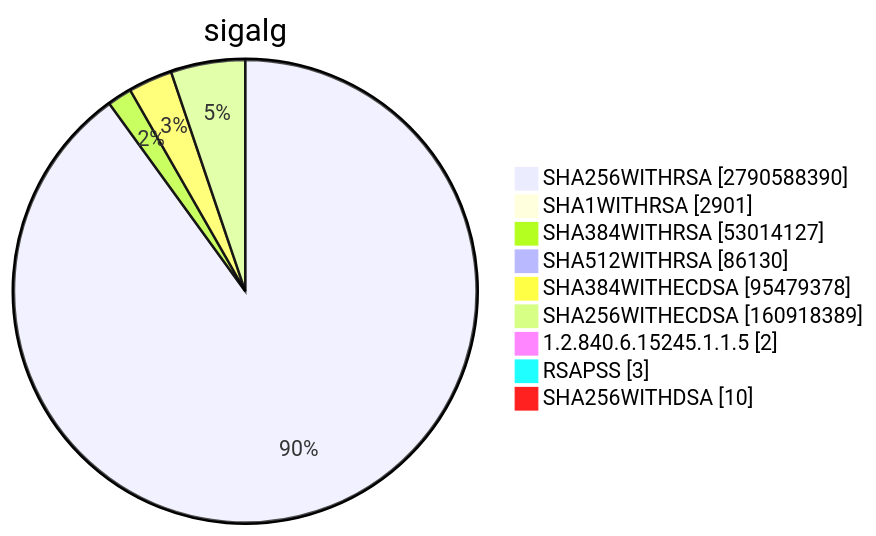
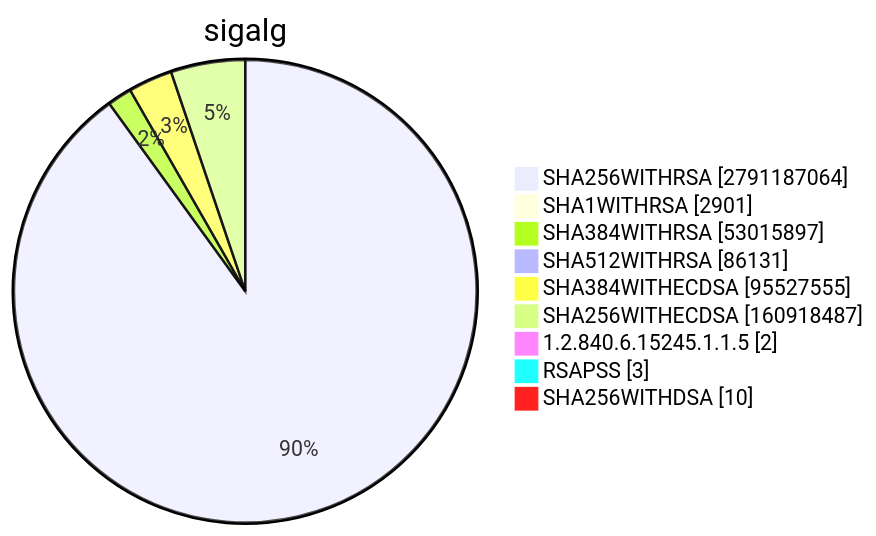
Diagram 15 of 15 in TOTAL/README.md (christiankrug/ctmonitor_visualization), drawn with Mermaid before and after one commit. The commit also changed other lines of this file, not shown here.

````diff
--- a/TOTAL/README.md
+++ b/TOTAL/README.md
@@ -6207,13 +6207,13 @@
 ```mermaid
 pie showData
 title sigalg
-"SHA256WITHRSA" :2790588390
+"SHA256WITHRSA" :2791187064
 "SHA1WITHRSA" :2901
-"SHA384WITHRSA" :53014127
-"SHA512WITHRSA" :86130
-"SHA384WITHECDSA" :95479378
-"SHA256WITHECDSA" :160918389
+"SHA384WITHRSA" :53015897
+"SHA512WITHRSA" :86131
+"SHA384WITHECDSA" :95527555
+"SHA256WITHECDSA" :160918487
 "1.2.840.6.15245.1.1.5" :2
 "RSAPSS" :3
 "SHA256WITHDSA" :10
 ```
````
